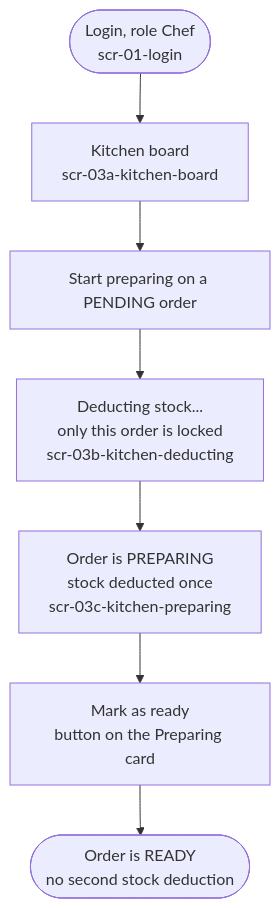
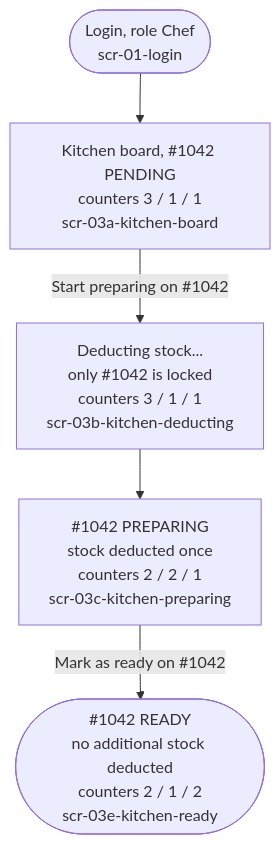
Before and after one commit to seng321-7th-team/PantryChef: the fourth of 9 diagrams in docs/ui-ux/user-flows.md, drawn with Mermaid. The commit also changed other lines of this file, not shown here.

First line of the commit message:
Add Ready target and #1042 demo path to the Chef flows (#52)

````diff
--- a/docs/ui-ux/user-flows.md
+++ b/docs/ui-ux/user-flows.md
@@ -90,9 +92,7 @@
 ```mermaid
 flowchart TD
-    A([Login, role Chef<br/>scr-01-login]) --> B[Kitchen board<br/>scr-03a-kitchen-board]
-    B --> C[Start preparing on a PENDING order]
-    C --> D[Deducting stock...<br/>only this order is locked<br/>scr-03b-kitchen-deducting]
-    D --> E[Order is PREPARING<br/>stock deducted once<br/>scr-03c-kitchen-preparing]
-    E --> F[Mark as ready<br/>button on the Preparing card]
-    F --> G([Order is READY<br/>no second stock deduction])
+    A([Login, role Chef<br/>scr-01-login]) --> B[Kitchen board, #1042 PENDING<br/>counters 3 / 1 / 1<br/>scr-03a-kitchen-board]
+    B -->|Start preparing on #1042| C[Deducting stock...<br/>only #1042 is locked<br/>counters 3 / 1 / 1<br/>scr-03b-kitchen-deducting]
+    C --> D[#1042 PREPARING<br/>stock deducted once<br/>counters 2 / 2 / 1<br/>scr-03c-kitchen-preparing]
+    D -->|Mark as ready on #1042| E([#1042 READY<br/>no additional stock deducted<br/>counters 2 / 1 / 2<br/>scr-03e-kitchen-ready])
 ```
````
